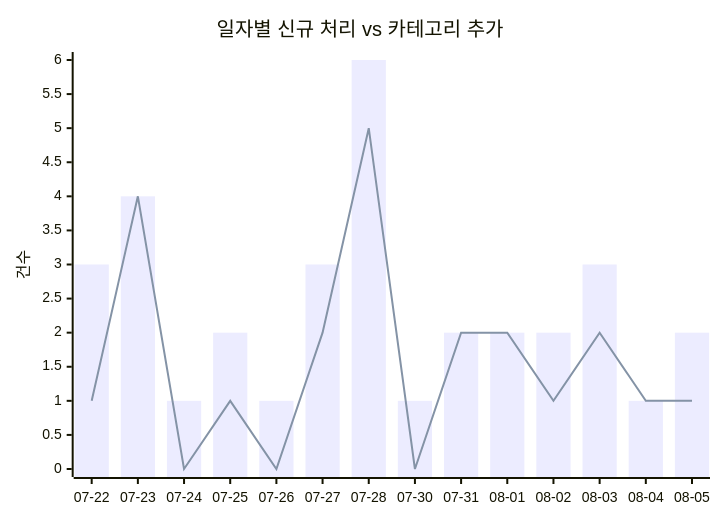
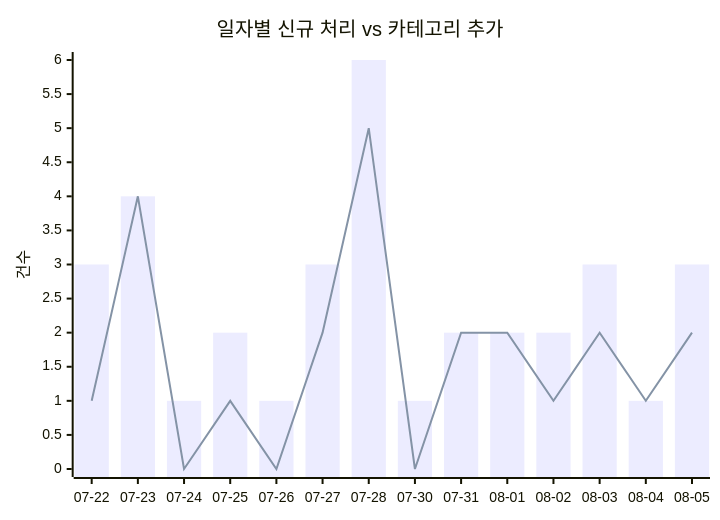
One commit to J-nowcow/awesome-korean-agent-skills changed the first of 2 diagrams in docs/trends.md. Above: the diagram before and after it, drawn with Mermaid. The commit also changed other lines of this file and 4 other files, not shown here.

````diff
--- a/docs/trends.md
+++ b/docs/trends.md
@@ -32,8 +32,8 @@
 ```mermaid
 xychart-beta
     title "일자별 신규 처리 vs 카테고리 추가"
     x-axis ["07-22","07-23","07-24","07-25","07-26","07-27","07-28","07-30","07-31","08-01","08-02","08-03","08-04","08-05"]
     y-axis "건수"
-    bar [3,4,1,2,1,3,6,1,2,2,2,3,1,2]
-    line [1,4,0,1,0,2,5,0,2,2,1,2,1,1]
+    bar [3,4,1,2,1,3,6,1,2,2,2,3,1,3]
+    line [1,4,0,1,0,2,5,0,2,2,1,2,1,2]
 ```
````
